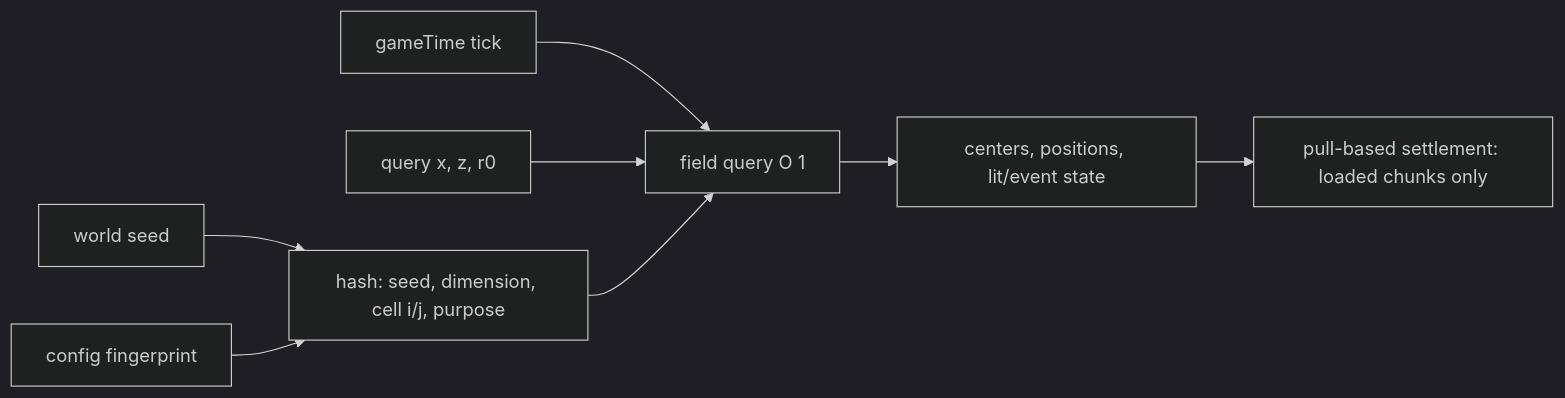
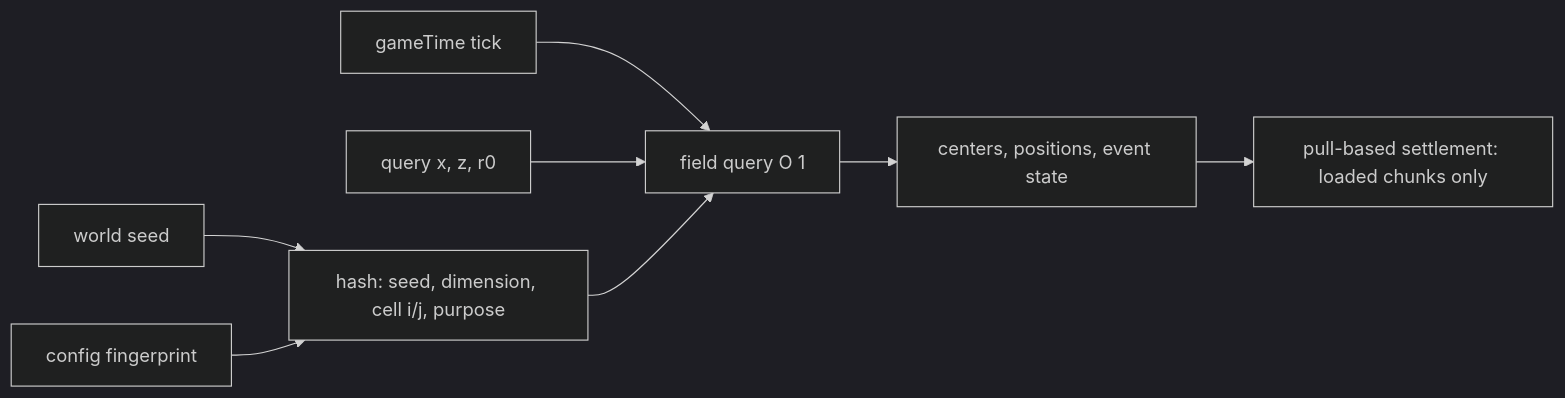
One commit to liziluyu/NaturalDisaster changed the diagram in AGENTS.md. Above: the diagram before and after it, drawn with Mermaid (dark theme). The commit also changed other lines of this file and 18 other files, not shown here.

````diff
--- a/AGENTS.md
+++ b/AGENTS.md
@@ -16,10 +16,10 @@
 ```mermaid
 flowchart LR
     S[world seed] --> H[hash: seed, dimension, cell i/j, purpose]
     C[config fingerprint] --> H
     G[gameTime tick] --> F[field query O 1]
     P[query x, z, r0] --> F
     H --> F
-    F --> R[centers, positions, lit/event state]
+    F --> R[centers, positions, event state]
     R --> E[pull-based settlement: loaded chunks only]
 ```
````
